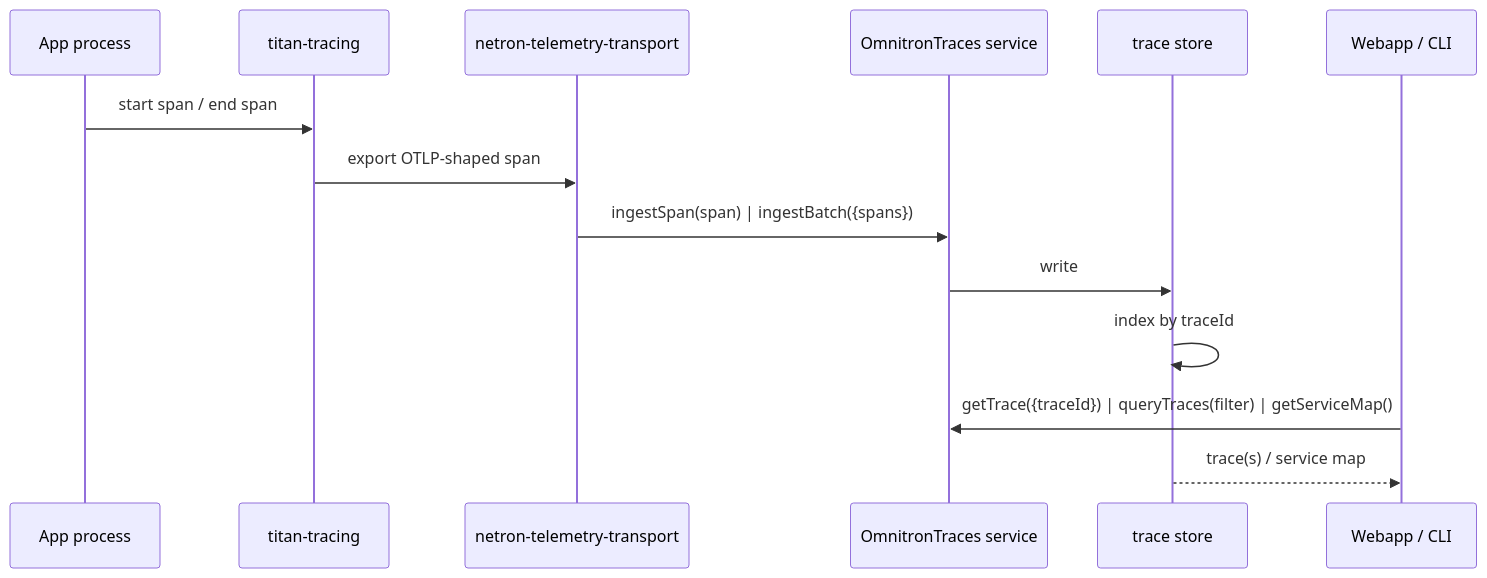
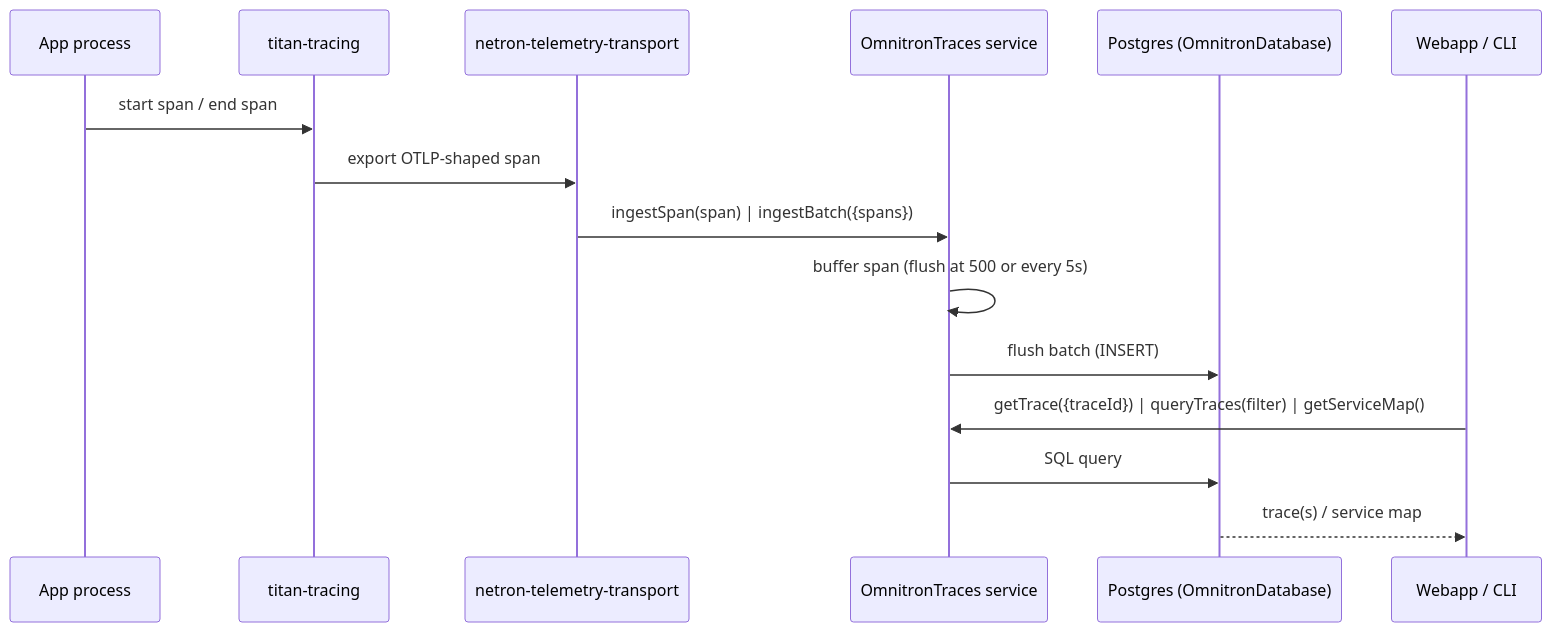
One commit to omnitron-dev/website changed the third of 4 diagrams in docs/omnitron/observability.md. Above: the diagram before and after it, drawn with Mermaid. The commit also changed other lines of this file and 61 other files, not shown here.

````diff
--- a/docs/omnitron/observability.md
+++ b/docs/omnitron/observability.md
@@ -243,17 +277,18 @@
 ```mermaid
 sequenceDiagram
   participant App as App process
   participant OTel as titan-tracing
   participant Trans as netron-telemetry-transport
   participant TC as OmnitronTraces service
-  participant Store as trace store
+  participant Store as Postgres (OmnitronDatabase)
   participant UI as Webapp / CLI
 
   App->>OTel: start span / end span
   OTel->>Trans: export OTLP-shaped span
   Trans->>TC: ingestSpan(span) | ingestBatch({spans})
-  TC->>Store: write
-  Store->>Store: index by traceId
+  TC->>TC: buffer span (flush at 500 or every 5s)
+  TC->>Store: flush batch (INSERT)
   UI->>TC: getTrace({traceId}) | queryTraces(filter) | getServiceMap()
+  TC->>Store: SQL query
   Store-->>UI: trace(s) / service map
 ```
````
